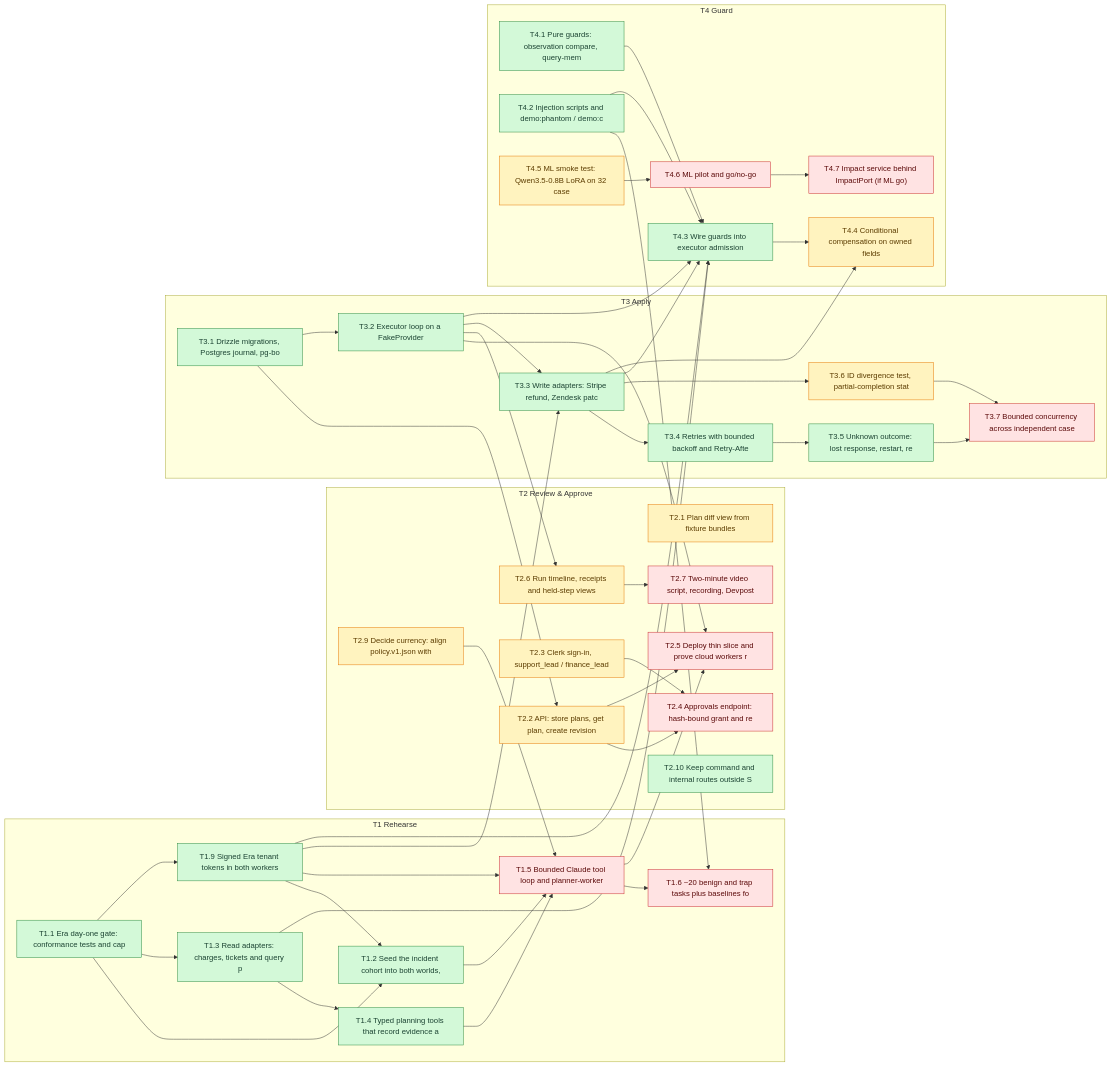
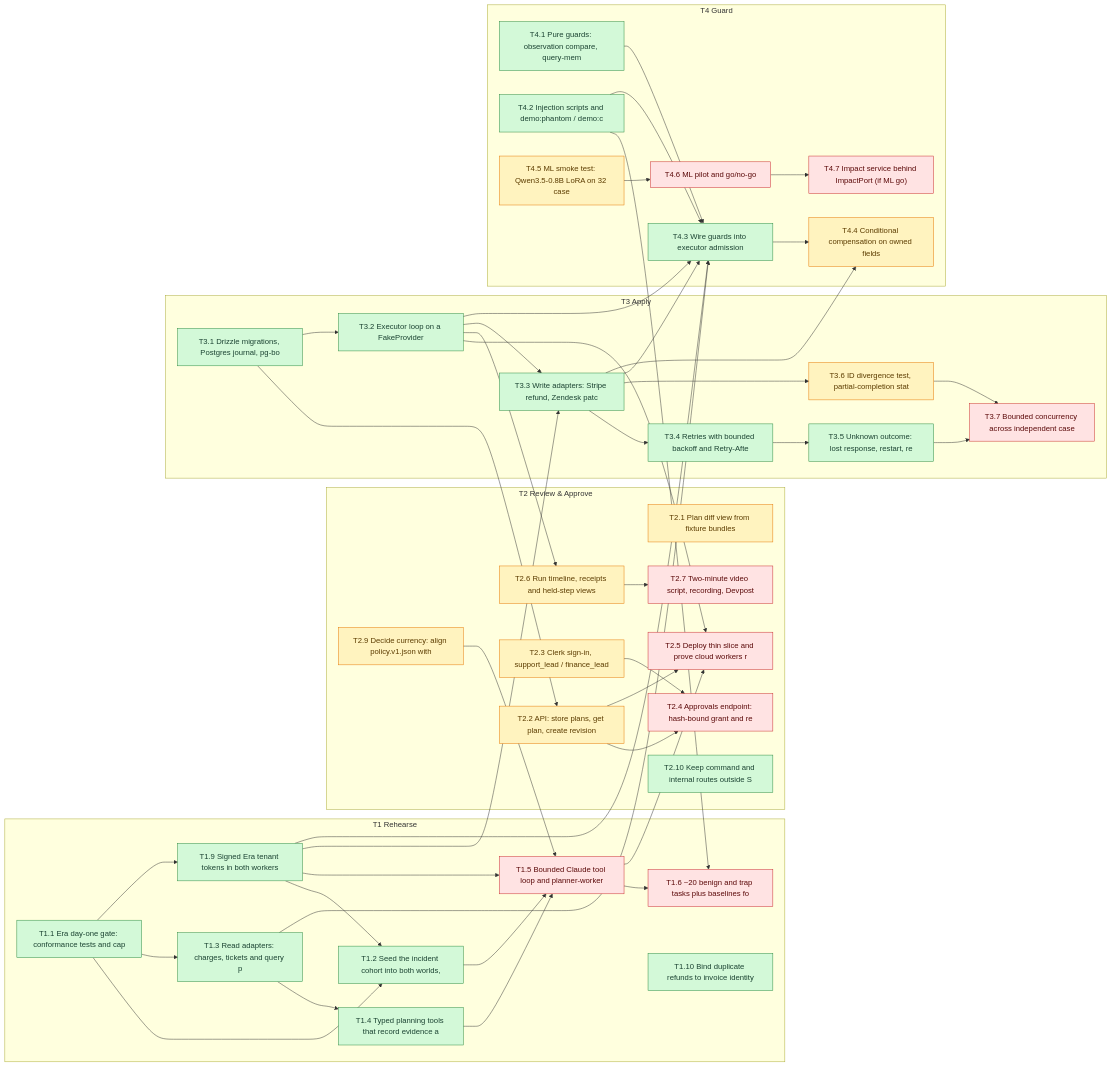
One commit to SoroushRF/Rehearsal changed the diagram in BLOCKERS.md. Above: the diagram before and after it, drawn with Mermaid. The commit also changed other lines of this file, not shown here.

```diff
--- a/BLOCKERS.md
+++ b/BLOCKERS.md
@@ -97,6 +98,7 @@
     T1_5["T1.5 Bounded Claude tool loop and planner-worker"]:::blocked
     T1_6["T1.6 ~20 benign and trap tasks plus baselines fo"]:::blocked
     T1_9["T1.9 Signed Era tenant tokens in both workers"]:::done
+    T1_10["T1.10 Bind duplicate refunds to invoice identity"]:::done
   end
   subgraph T2[T2 Review & Approve]
     T2_1["T2.1 Plan diff view from fixture bundles"]:::ready
```
